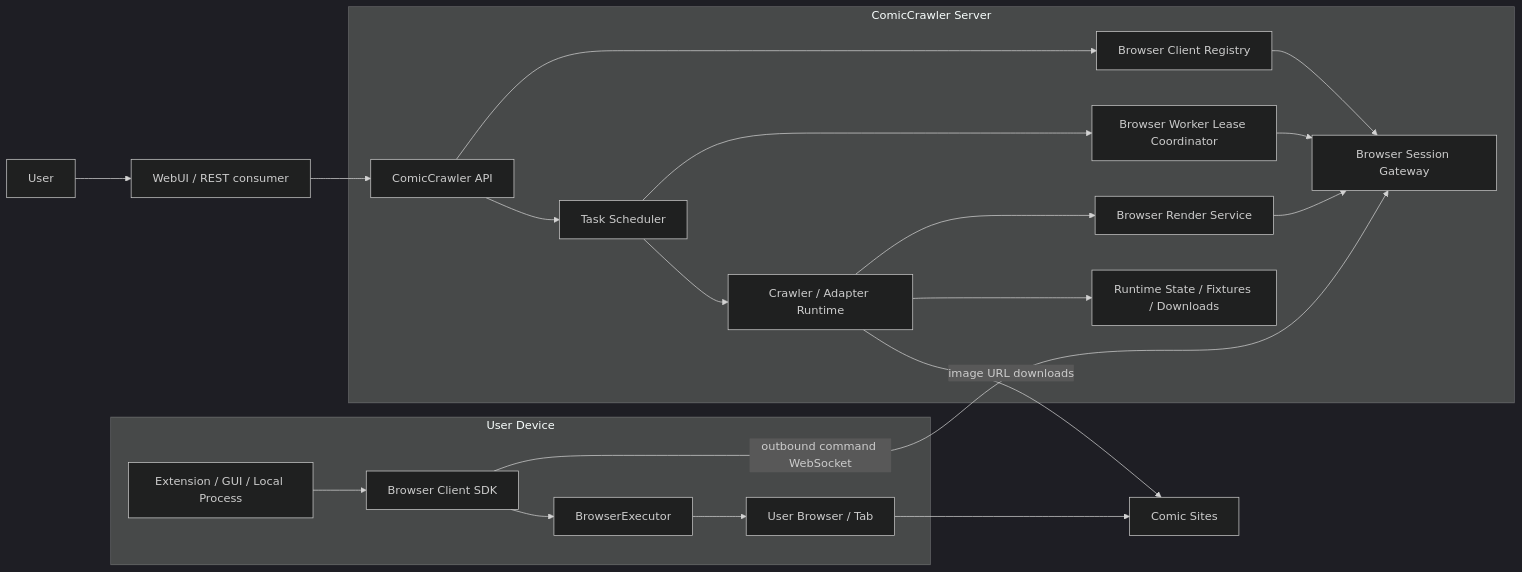
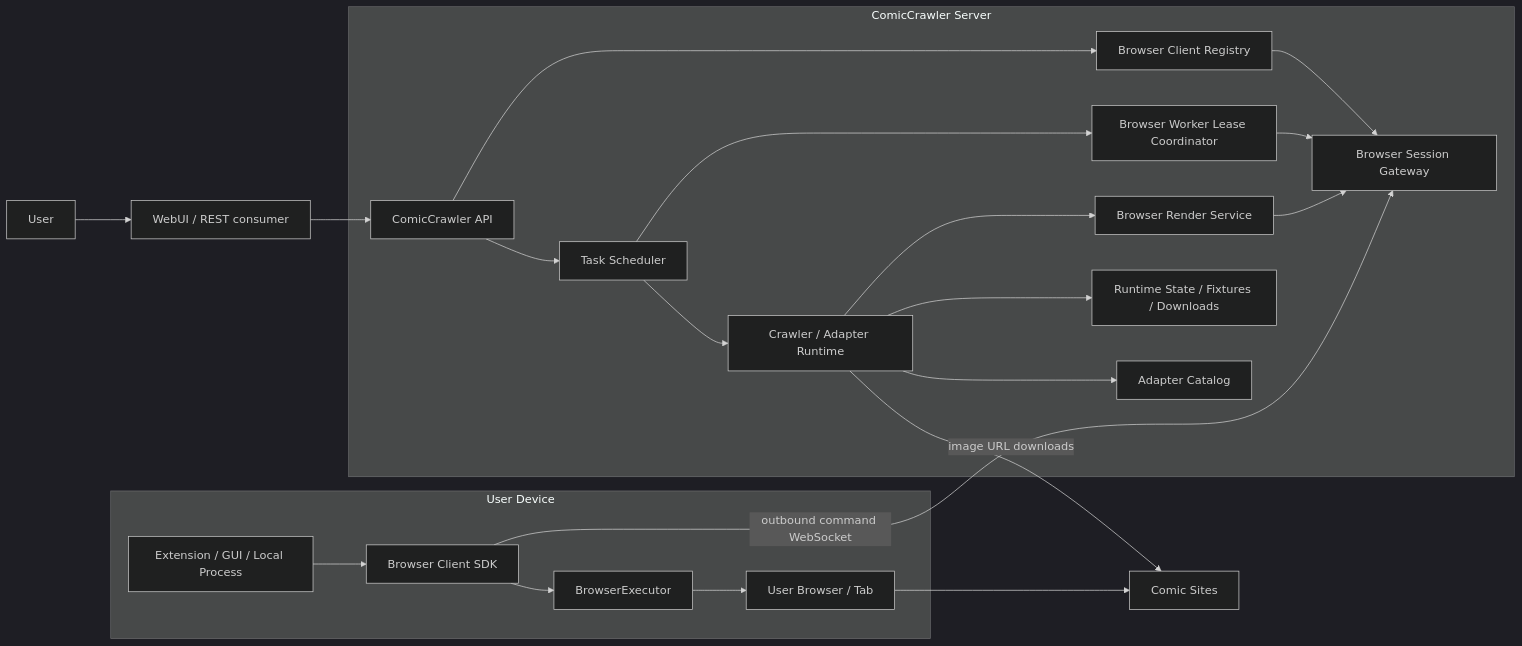
Before and after one commit to luberserker0v0/comic-crawler: the first of 5 diagrams in docs/development/SDD.md, drawn with Mermaid (dark theme). The commit also changed other lines of this file and 45 other files, not shown here.

Commit message:
feat: add immutable adapter catalog and cleanup tooling

````diff
--- a/docs/development/SDD.md
+++ b/docs/development/SDD.md
@@ -5,31 +5,32 @@
 ```mermaid
 flowchart LR
   User[User] --> UI[WebUI / REST consumer]
   UI --> API[ComicCrawler API]
 
   subgraph Server[ComicCrawler Server]
     API --> Scheduler[Task Scheduler]
     Scheduler --> Runtime[Crawler / Adapter Runtime]
     API --> Registry[Browser Client Registry]
     Registry --> Gateway[Browser Session Gateway]
     Scheduler --> Lease[Browser Worker Lease Coordinator]
     Lease --> Gateway
     Runtime --> Render[Browser Render Service]
     Render --> Gateway
     Runtime --> Store[Runtime State / Fixtures / Downloads]
+    Runtime --> Catalog[Adapter Catalog]
   end
 
   subgraph Device[User Device]
     App[Extension / GUI / Local Process]
     SDK[Browser Client SDK]
     Executor[BrowserExecutor]
     Browser[User Browser / Tab]
     App --> SDK
     SDK --> Executor
     Executor --> Browser
   end
 
   SDK -->|outbound command WebSocket| Gateway
   Browser --> Sites[Comic Sites]
   Runtime -->|image URL downloads| Sites
 ```
````
